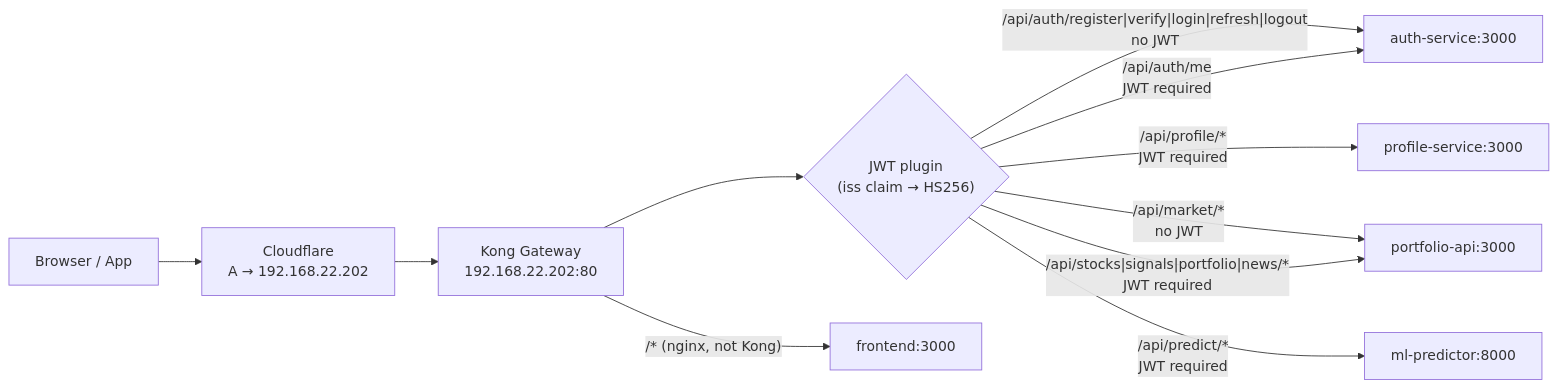
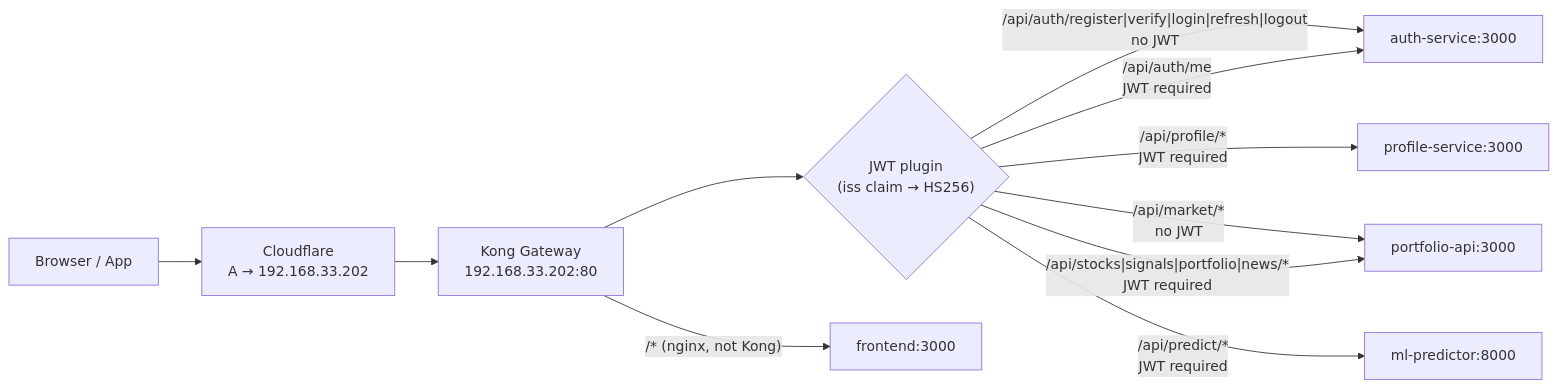
One commit to akann/k8s-apps changed the fourth of 12 diagrams in README.md. Above: the diagram before and after it, drawn with Mermaid. The commit also changed other lines of this file and 2 other files, not shown here.

````diff
--- a/README.md
+++ b/README.md
@@ -214,13 +214,13 @@
 ```mermaid
 graph LR
-    Client["Browser / App"] --> CF["Cloudflare<br/>A → 192.168.22.202"]
-    CF --> Kong["Kong Gateway<br/>192.168.22.202:80"]
+    Client["Browser / App"] --> CF["Cloudflare<br/>A → 192.168.33.202"]
+    CF --> Kong["Kong Gateway<br/>192.168.33.202:80"]
     Kong --> JWT{"JWT plugin<br/>(iss claim → HS256)"}
     JWT -->|"/api/auth/register|verify|login|refresh|logout<br/>no JWT"| AS["auth-service:3000"]
     JWT -->|"/api/auth/me<br/>JWT required"| AS
     JWT -->|"/api/profile/*<br/>JWT required"| PFS["profile-service:3000"]
     JWT -->|"/api/market/*<br/>no JWT"| PA["portfolio-api:3000"]
     JWT -->|"/api/stocks|signals|portfolio|news/*<br/>JWT required"| PA
     JWT -->|"/api/predict/*<br/>JWT required"| ML["ml-predictor:8000"]
     Kong -->|"/* (nginx, not Kong)"| FE["frontend:3000"]
 ```
````
